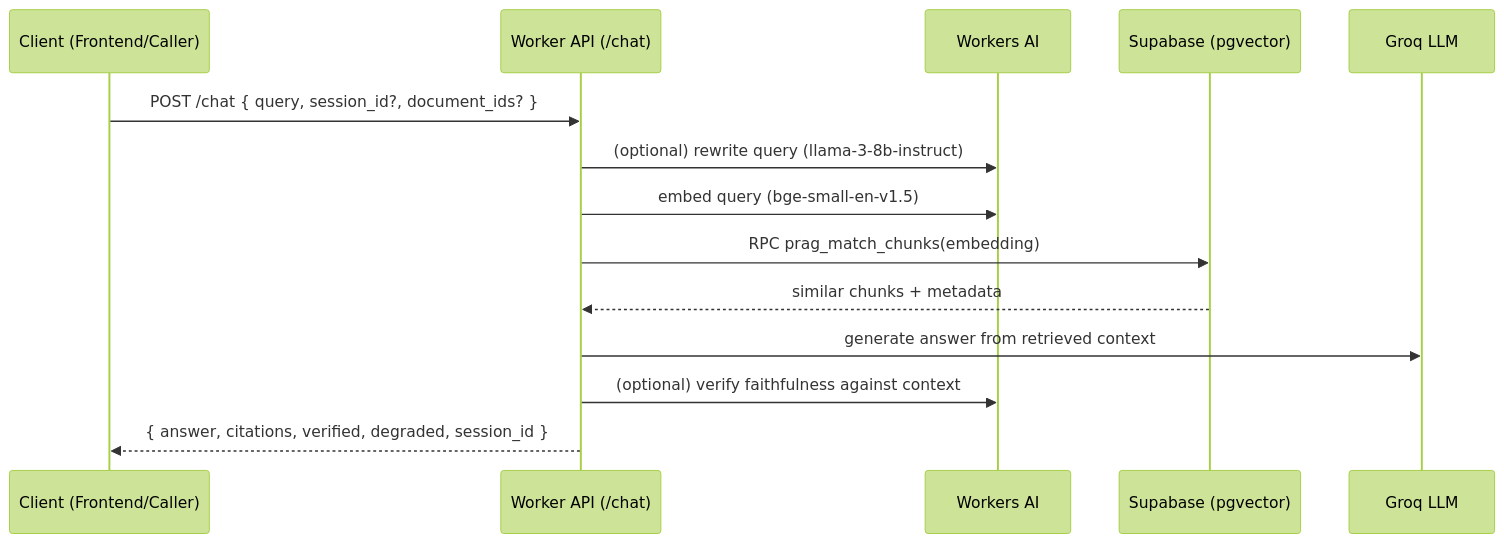
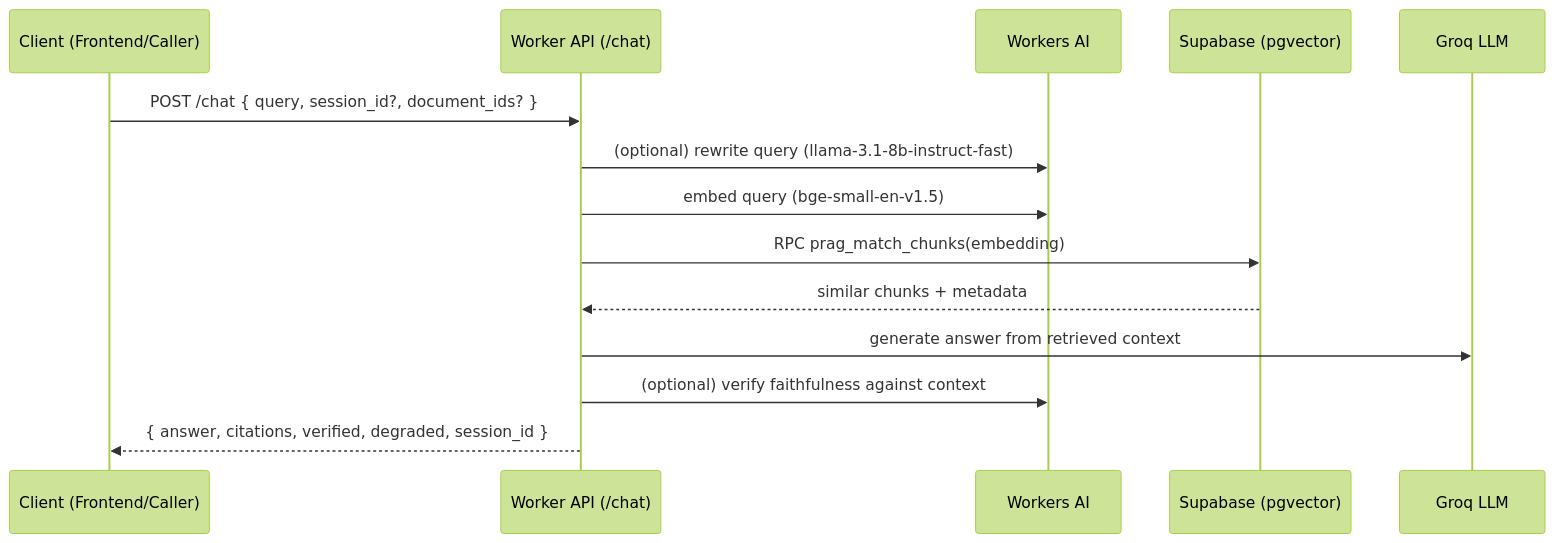
Before and after one commit to ericijeoma/prag: the second of 2 diagrams in README.md, drawn with Mermaid (forest theme). The commit also changed 2 other files, not shown here.

Commit message:
Removed deprecated model: '@cf/meta/llama-3-8b-instruct' and replaced with '@cf/meta/llama-3.1-8b-instruct-fast'

````diff
--- a/README.md
+++ b/README.md
@@ -68,17 +68,17 @@
 ```mermaid
 sequenceDiagram
   participant Client as Client (Frontend/Caller)
   participant Worker as Worker API (/chat)
   participant AI as Workers AI
   participant DB as Supabase (pgvector)
   participant Groq as Groq LLM
 
   Client->>Worker: POST /chat { query, session_id?, document_ids? }
-  Worker->>AI: (optional) rewrite query (llama-3-8b-instruct)
+  Worker->>AI: (optional) rewrite query (llama-3.1-8b-instruct-fast)
   Worker->>AI: embed query (bge-small-en-v1.5)
   Worker->>DB: RPC prag_match_chunks(embedding)
   DB-->>Worker: similar chunks + metadata
   Worker->>Groq: generate answer from retrieved context
   Worker->>AI: (optional) verify faithfulness against context
   Worker-->>Client: { answer, citations, verified, degraded, session_id }
 ```
````
